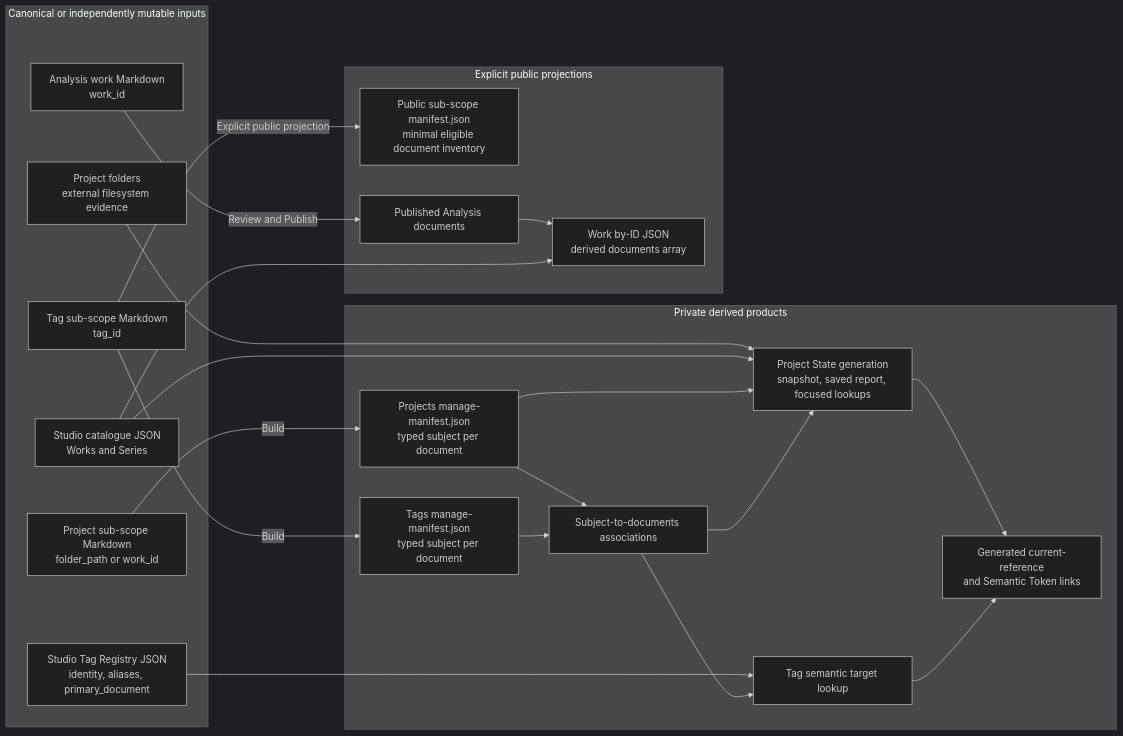
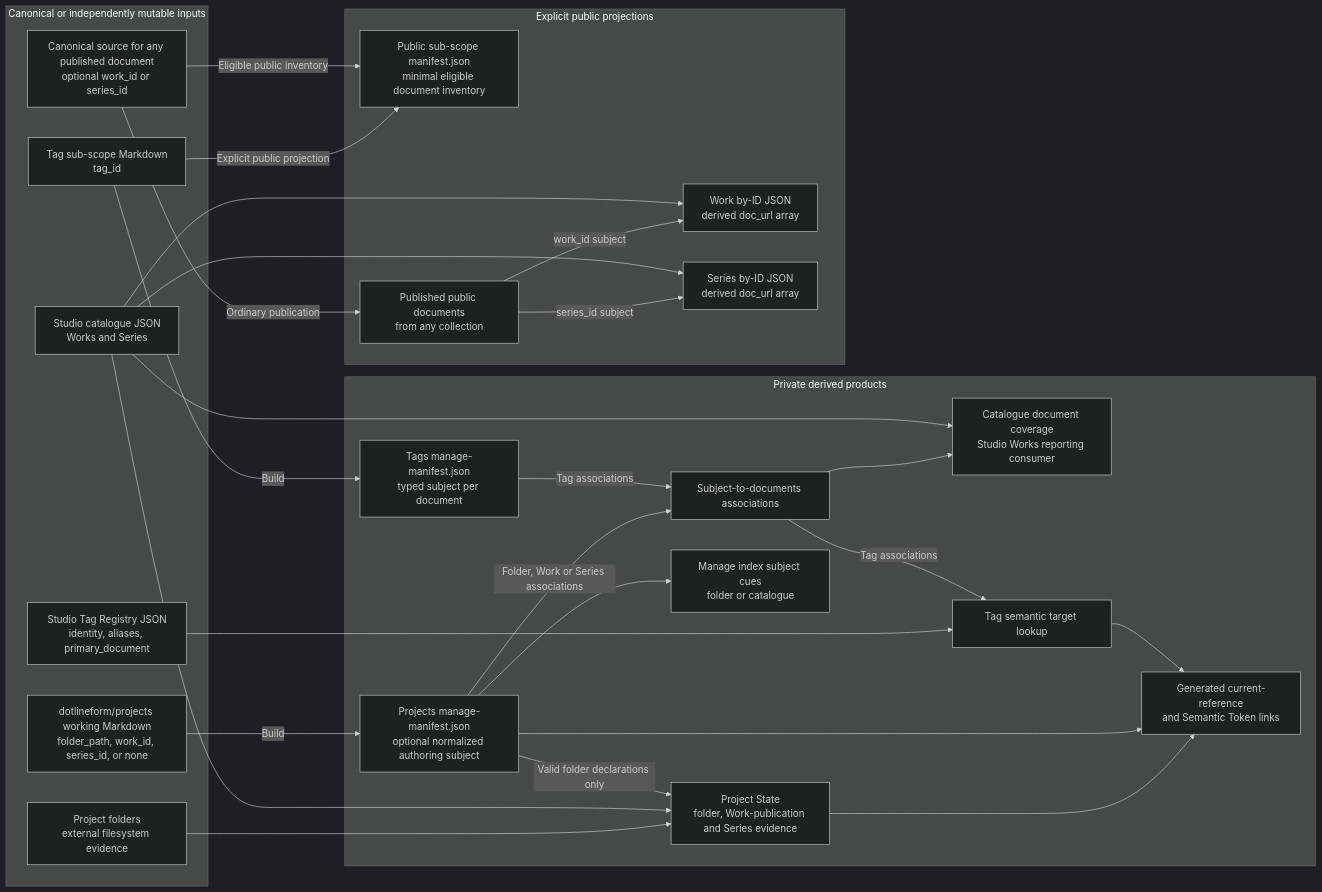
One commit to dotlineform/dotlineform-site changed the first of 2 diagrams in docs-viewer/scopes/studio/source/documents/d-20260802-194358-7717ee.md. Above: the diagram before and after it, drawn with Mermaid (dark theme). The commit also changed other lines of this file and 20 other files, not shown here.

````diff
--- a/docs-viewer/scopes/studio/source/documents/d-20260802-194358-7717ee.md
+++ b/docs-viewer/scopes/studio/source/documents/d-20260802-194358-7717ee.md
@@ -21,46 +21,55 @@
 ```mermaid
 flowchart LR
     accTitle: Sub-Scope Publishing ownership and projection map
-    accDescr: Canonical document source, canonical Studio JSON, and external folder evidence feed private manifests and focused products; reviewed Analysis documents alone enter explicit public projections.
+    accDescr: Canonical document source, canonical Studio JSON, and external folder evidence feed private manifests and focused products; documents published through ordinary configured workflows enter explicit public projections.
 
     subgraph inputs["Canonical or independently mutable inputs"]
         folders["Project folders<br/>external filesystem evidence"]
-        projectDocs["Project sub-scope Markdown<br/>folder_path or work_id"]
+        projectDocs["dotlineform/projects working Markdown<br/>folder_path, work_id, series_id, or none"]
         tagDocs["Tag sub-scope Markdown<br/>tag_id"]
-        analysisDocs["Analysis work Markdown<br/>work_id"]
+        publicSourceDocs["Canonical source for any published document<br/>optional work_id or series_id"]
         catalogue["Studio catalogue JSON<br/>Works and Series"]
         registry["Studio Tag Registry JSON<br/>identity, aliases, primary_document"]
     end
 
     subgraph private["Private derived products"]
-        projectManifest["Projects manage-manifest.json<br/>typed subject per document"]
+        projectManifest["Projects manage-manifest.json<br/>optional normalized authoring subject"]
         tagManifest["Tags manage-manifest.json<br/>typed subject per document"]
         associations["Subject-to-documents associations"]
-        projectState["Project State generation<br/>snapshot, saved report, focused lookups"]
+        projectState["Project State<br/>folder, Work-publication and Series evidence"]
+        manageCues["Manage index subject cues<br/>folder or catalogue"]
+        coverageReport["Catalogue document coverage<br/>Studio Works reporting consumer"]
         tagTargets["Tag semantic target lookup"]
         resolved["Generated current-reference<br/>and Semantic Token links"]
     end
 
     subgraph public["Explicit public projections"]
         publicManifest["Public sub-scope manifest.json<br/>minimal eligible document inventory"]
-        publishedDocs["Published Analysis documents"]
-        workPayload["Work by-ID JSON<br/>derived documents array"]
+        publishedDocs["Published public documents<br/>from any collection"]
+        workPayload["Work by-ID JSON<br/>derived doc_url array"]
+        seriesPayload["Series by-ID JSON<br/>derived doc_url array"]
     end
 
     projectDocs -->|"Build"| projectManifest
     tagDocs -->|"Build"| tagManifest
-    projectManifest --> associations
-    tagManifest --> associations
+    projectManifest -->|"Folder, Work or Series associations"| associations
+    tagManifest -->|"Tag associations"| associations
     folders --> projectState
     catalogue --> projectState
-    projectManifest --> projectState
-    associations --> projectState
+    projectManifest -->|"Valid folder declarations only"| projectState
     projectState --> resolved
+    projectManifest --> manageCues
+    projectManifest --> resolved
+    associations --> coverageReport
+    catalogue --> coverageReport
     registry --> tagTargets
-    associations --> tagTargets
+    associations -->|"Tag associations"| tagTargets
     tagTargets --> resolved
     tagDocs -->|"Explicit public projection"| publicManifest
-    analysisDocs -->|"Review and Publish"| publishedDocs
-    publishedDocs --> workPayload
+    publicSourceDocs -->|"Eligible public inventory"| publicManifest
+    publicSourceDocs -->|"Ordinary publication"| publishedDocs
+    publishedDocs -->|"work_id subject"| workPayload
+    publishedDocs -->|"series_id subject"| seriesPayload
     catalogue --> workPayload
+    catalogue --> seriesPayload
 ```
````
